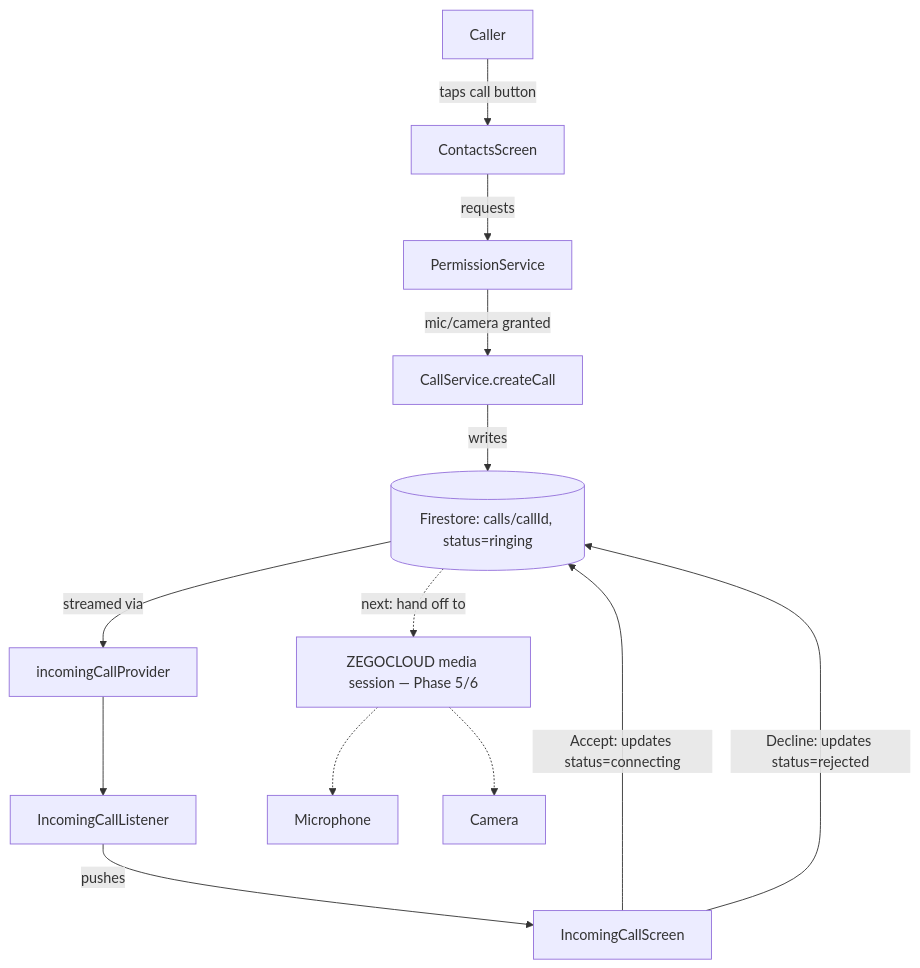
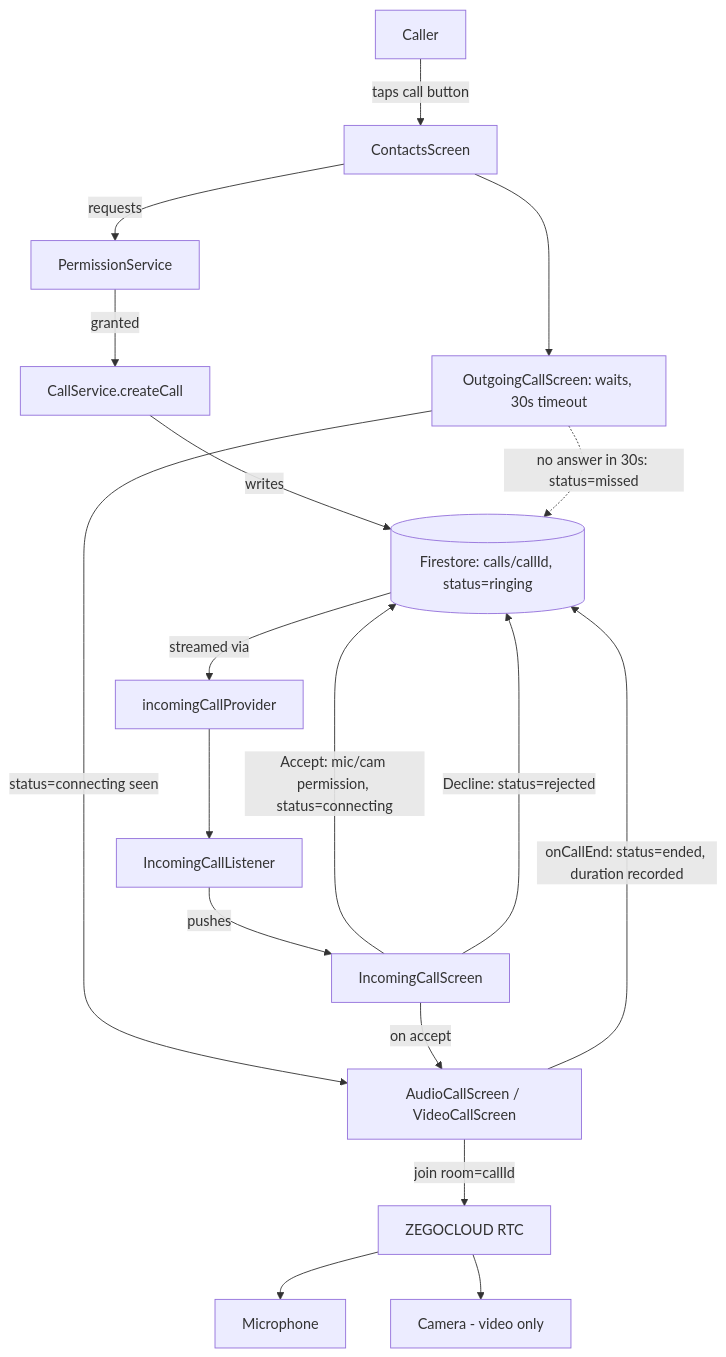
One commit to shivamshukla02/connectcall changed the second of 3 diagrams in README.md. Above: the diagram before and after it, drawn with Mermaid. The commit also changed other lines of this file, not shown here.

````diff
--- a/README.md
+++ b/README.md
@@ -116,15 +105,20 @@
 ```mermaid
 flowchart TD
     Caller -->|taps call button| CS1[ContactsScreen]
     CS1 -->|requests| PS[PermissionService]
-    PS -->|mic/camera granted| CSVC[CallService.createCall]
+    PS -->|granted| CSVC[CallService.createCall]
     CSVC -->|writes| FSC[(Firestore: calls/callId, status=ringing)]
+    CS1 --> OCS[OutgoingCallScreen: waits, 30s timeout]
     FSC -->|streamed via| ICP[incomingCallProvider]
     ICP --> ICL[IncomingCallListener]
     ICL -->|pushes| ICS[IncomingCallScreen]
-    ICS -->|Accept: updates status=connecting| FSC
-    ICS -->|Decline: updates status=rejected| FSC
-    FSC -.->|next: hand off to| RTC[ZEGOCLOUD media session — Phase 5/6]
-    RTC -.-> MIC[Microphone]
-    RTC -.-> CAM[Camera]
+    ICS -->|Accept: mic/cam permission, status=connecting| FSC
+    ICS -->|Decline: status=rejected| FSC
+    OCS -->|status=connecting seen| CALL[AudioCallScreen / VideoCallScreen]
+    ICS -->|on accept| CALL
+    CALL -->|join room=callId| RTC[ZEGOCLOUD RTC]
+    RTC --> MIC[Microphone]
+    RTC --> CAM[Camera - video only]
+    CALL -->|onCallEnd: status=ended, duration recorded| FSC
+    OCS -.->|no answer in 30s: status=missed| FSC
 ```
````
